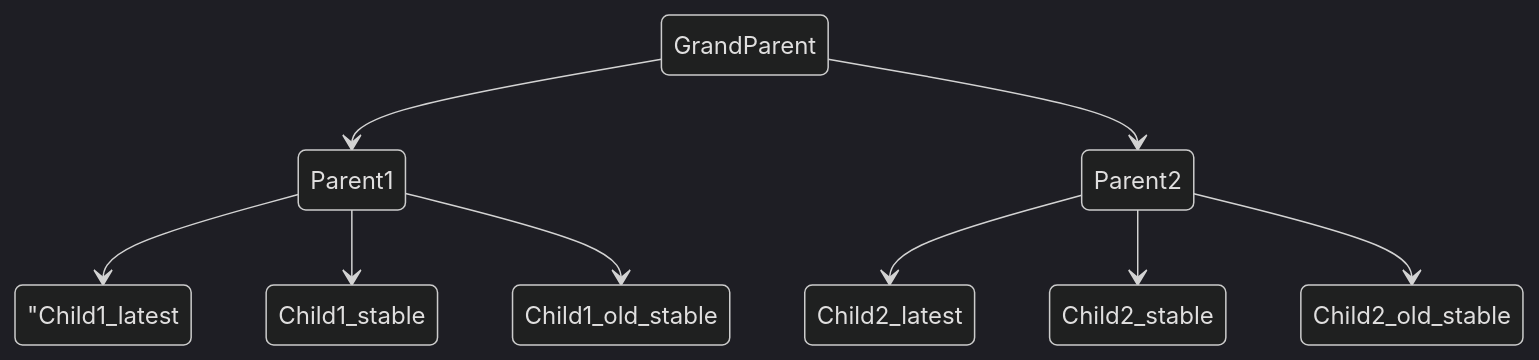
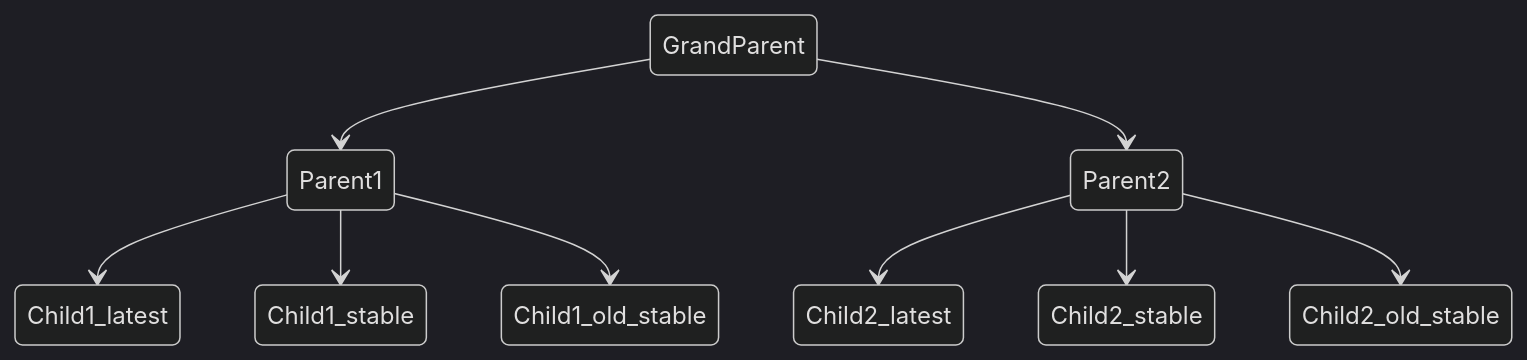
Before and after one commit to juacker/netdata-multi-agent: the diagram in README.md, drawn with Mermaid (dark theme). The commit also changed other lines of this file, not shown here.

Commit message:
README typo

````diff
--- a/README.md
+++ b/README.md
@@ -5,11 +5,11 @@
 ```mermaid
 stateDiagram-v2
     GrandParent --> Parent1
     GrandParent --> Parent2
-    Parent1 --> "Child1_latest
+    Parent1 --> Child1_latest
     Parent1 --> Child1_stable
     Parent1 --> Child1_old_stable
     Parent2 --> Child2_latest
     Parent2 --> Child2_stable
     Parent2 --> Child2_old_stable
 ```
````
